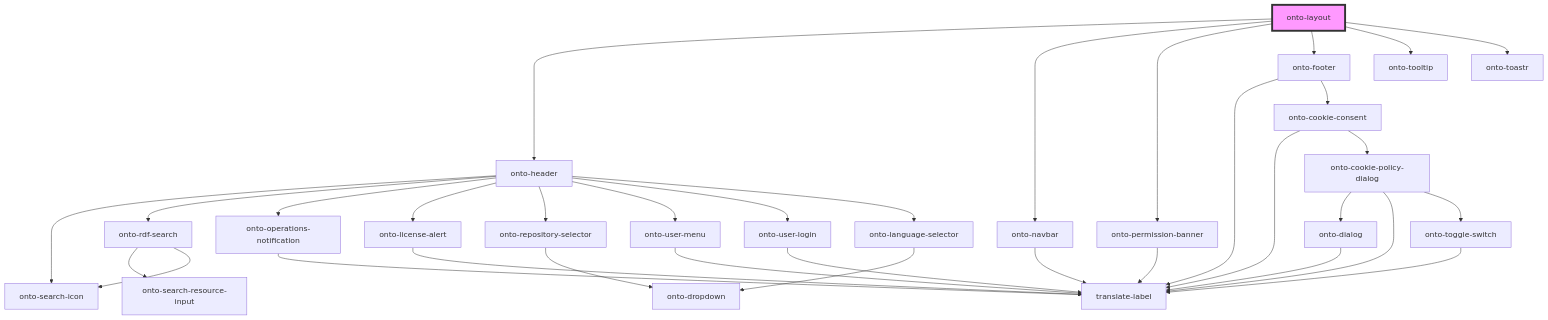
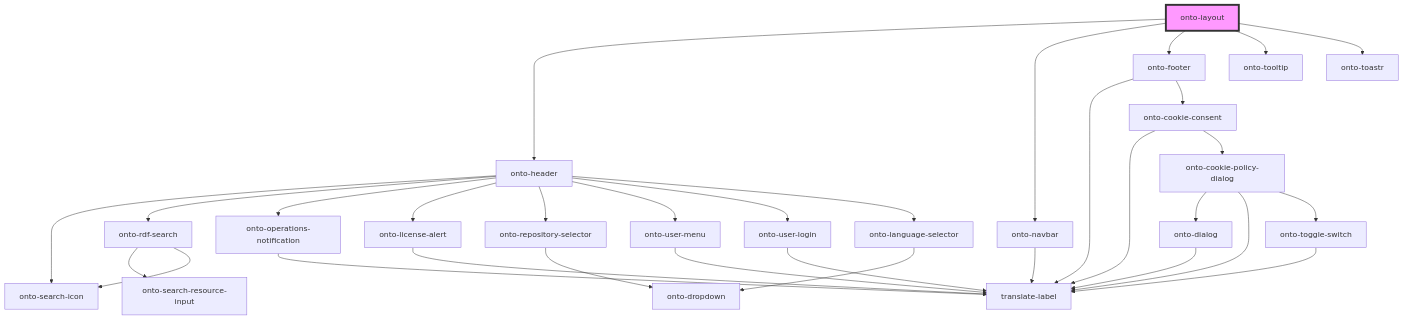
Before and after one commit to Ontotext-AD/graphdb-workbench: the diagram in packages/shared-components/src/components/onto-layout/readme.md, drawn with Mermaid. The commit also changed other lines of this file and 4 other files, not shown here.

````diff
--- a/packages/shared-components/src/components/onto-layout/readme.md
+++ b/packages/shared-components/src/components/onto-layout/readme.md
@@ -20,37 +19,35 @@
 ```mermaid
 graph TD;
   onto-layout --> onto-header
   onto-layout --> onto-navbar
-  onto-layout --> onto-permission-banner
   onto-layout --> onto-footer
   onto-layout --> onto-tooltip
   onto-layout --> onto-toastr
   onto-header --> onto-search-icon
   onto-header --> onto-rdf-search
   onto-header --> onto-operations-notification
   onto-header --> onto-license-alert
   onto-header --> onto-repository-selector
   onto-header --> onto-user-menu
   onto-header --> onto-user-login
   onto-header --> onto-language-selector
   onto-rdf-search --> onto-search-resource-input
   onto-rdf-search --> onto-search-icon
   onto-operations-notification --> translate-label
   onto-license-alert --> translate-label
   onto-repository-selector --> onto-dropdown
   onto-user-menu --> translate-label
   onto-user-login --> translate-label
   onto-language-selector --> onto-dropdown
   onto-navbar --> translate-label
-  onto-permission-banner --> translate-label
   onto-footer --> translate-label
   onto-footer --> onto-cookie-consent
   onto-cookie-consent --> translate-label
   onto-cookie-consent --> onto-cookie-policy-dialog
   onto-cookie-policy-dialog --> onto-dialog
   onto-cookie-policy-dialog --> translate-label
   onto-cookie-policy-dialog --> onto-toggle-switch
   onto-dialog --> translate-label
   onto-toggle-switch --> translate-label
   style onto-layout fill:#f9f,stroke:#333,stroke-width:4px
 ```
````
